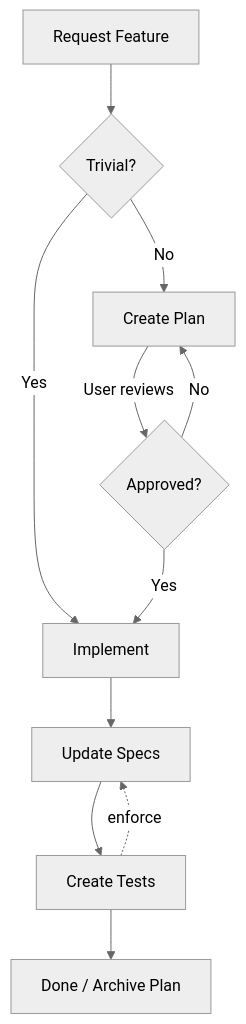
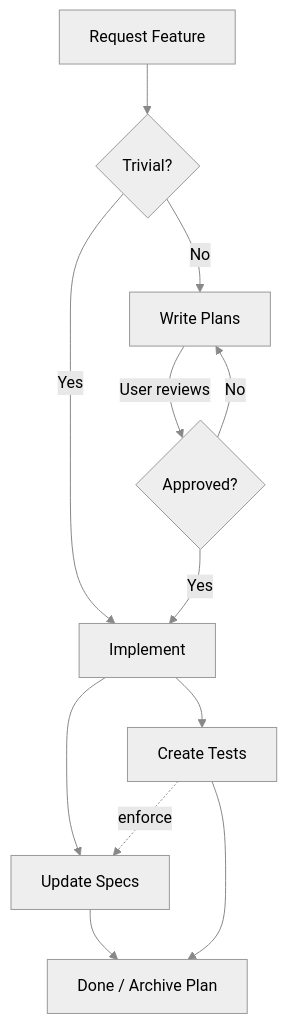
The diagram in assets/building-features.mmd (ftzi/livespec), drawn with Mermaid before and after one commit. The commit also changed 11 other files, not shown here.

```diff
--- a/assets/building-features.mmd
+++ b/assets/building-features.mmd
@@ -1,12 +1,13 @@
-%%{init: {'theme': 'neutral', 'themeVariables': { 'lineColor': '#666666', 'primaryTextColor': '#333333', 'primaryColor': '#e8e8e8', 'primaryBorderColor': '#999999' }}}%%
+%%{init: {'theme': 'neutral', 'themeVariables': { 'lineColor': '#888888', 'primaryTextColor': '#333333', 'primaryColor': '#e8e8e8', 'primaryBorderColor': '#999999', 'edgeLabelBackground': '#e8e8e8' }}}%%
 flowchart TD
     A[Request Feature] --> B{Trivial?}
     B -->|Yes| D[Implement]
-    B -->|No| C[Create Plan]
+    B -->|No| C[Write Plans]
     C -->|User reviews| E{Approved?}
     E -->|No| C
     E -->|Yes| D
     D --> F[Update Specs]
-    F --> G[Create Tests]
+    D --> G[Create Tests]
+    F --> H[Done / Archive Plan]
+    G --> H
     G -.->|enforce| F
-    G --> H[Done / Archive Plan]
```
